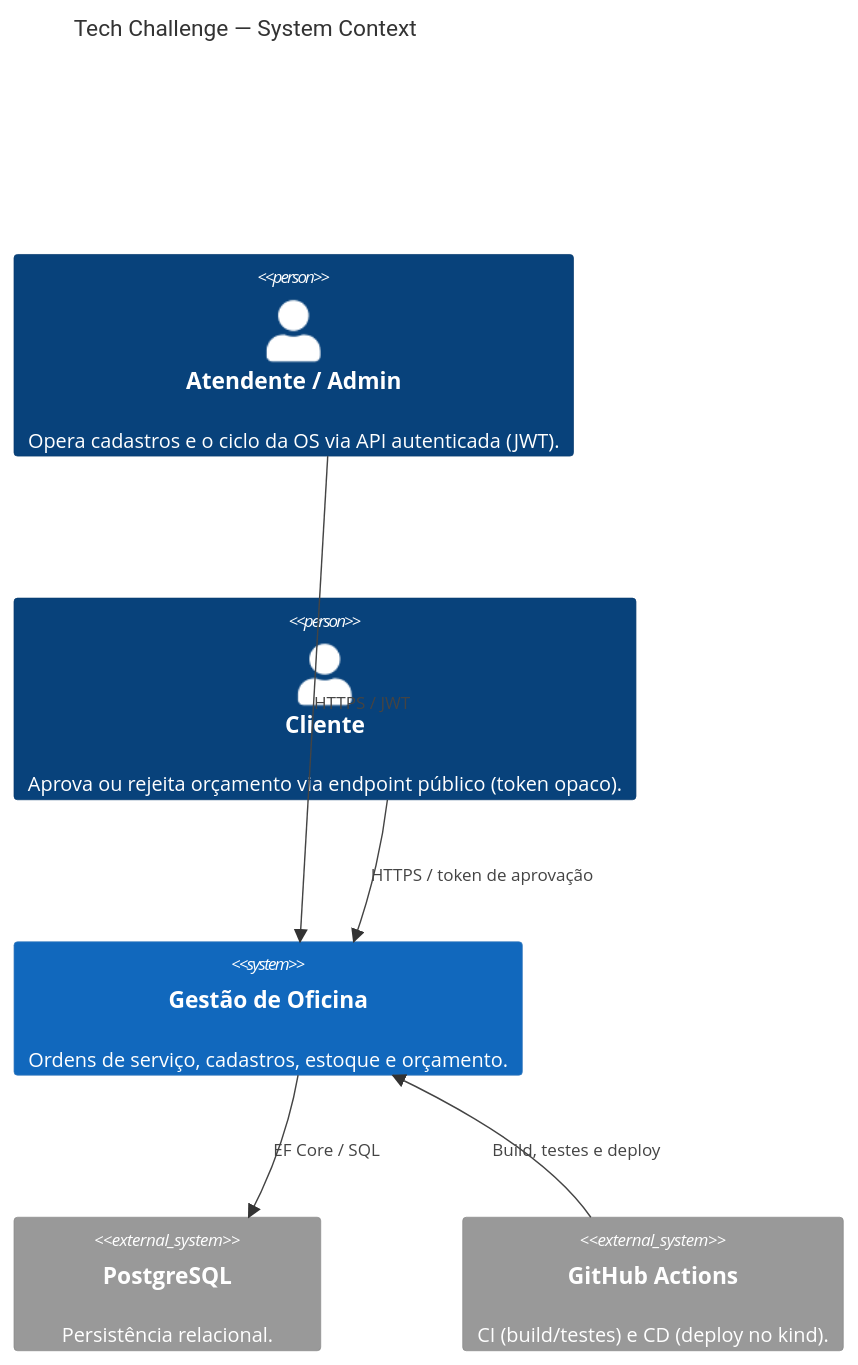
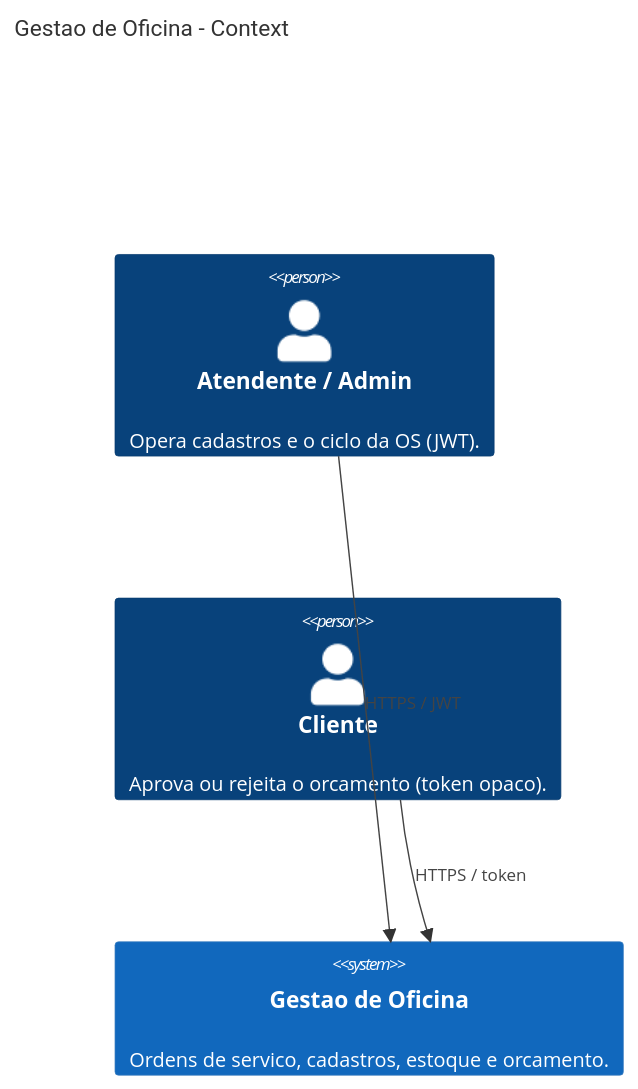
The first of 4 diagrams in README.md (fiap-vcosta/api), drawn with Mermaid before and after one commit. The commit also changed other lines of this file and 26 other files, not shown here.

````diff
--- a/README.md
+++ b/README.md
@@ -30,17 +9,12 @@
 ```mermaid
 C4Context
-title Tech Challenge — System Context
+title Gestao de Oficina - Context
 
-Person(admin, "Atendente / Admin", "Opera cadastros e o ciclo da OS via API autenticada (JWT).")
-Person(cliente, "Cliente", "Aprova ou rejeita orçamento via endpoint público (token opaco).")
+Person(admin, "Atendente / Admin", "Opera cadastros e o ciclo da OS (JWT).")
+Person(cliente, "Cliente", "Aprova ou rejeita o orcamento (token opaco).")
 
-System(tc, "Gestão de Oficina", "Ordens de serviço, cadastros, estoque e orçamento.")
+System(oficina, "Gestao de Oficina", "Ordens de servico, cadastros, estoque e orcamento.")
 
-System_Ext(pg, "PostgreSQL", "Persistência relacional.")
-System_Ext(gha, "GitHub Actions", "CI (build/testes) e CD (deploy no kind).")
-
-Rel(admin, tc, "HTTPS / JWT")
-Rel(cliente, tc, "HTTPS / token de aprovação")
-Rel(tc, pg, "EF Core / SQL")
-Rel(gha, tc, "Build, testes e deploy")
+Rel(admin, oficina, "HTTPS / JWT")
+Rel(cliente, oficina, "HTTPS / token")
 ```
````
